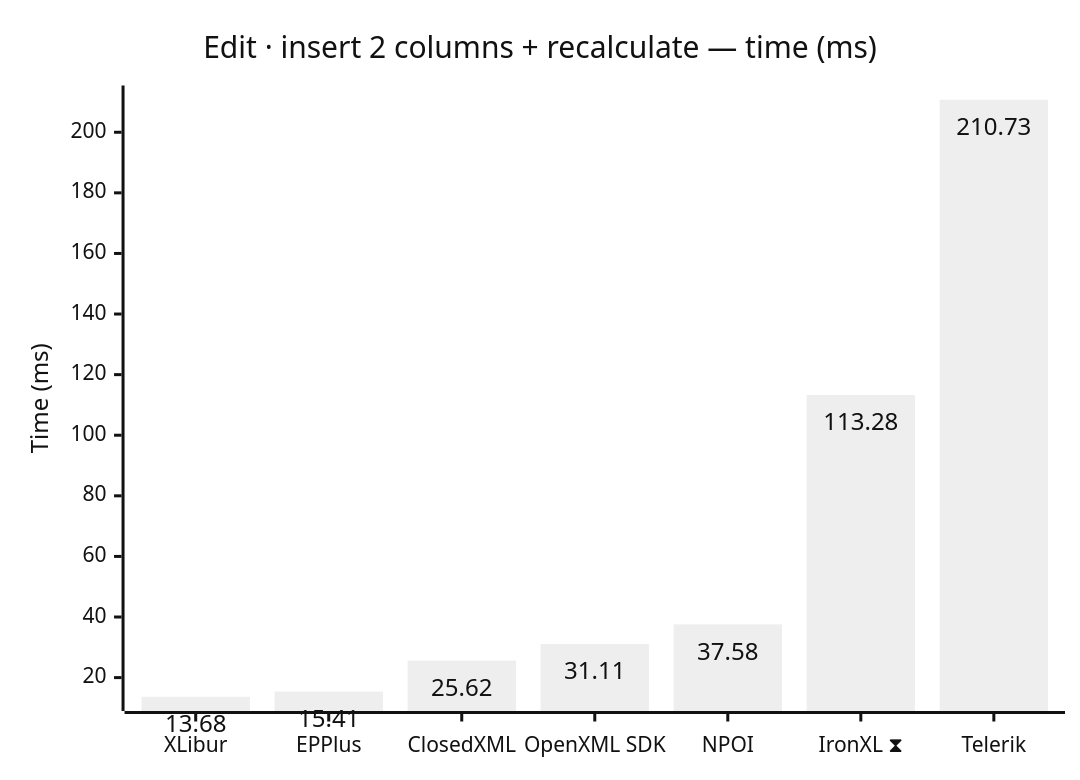
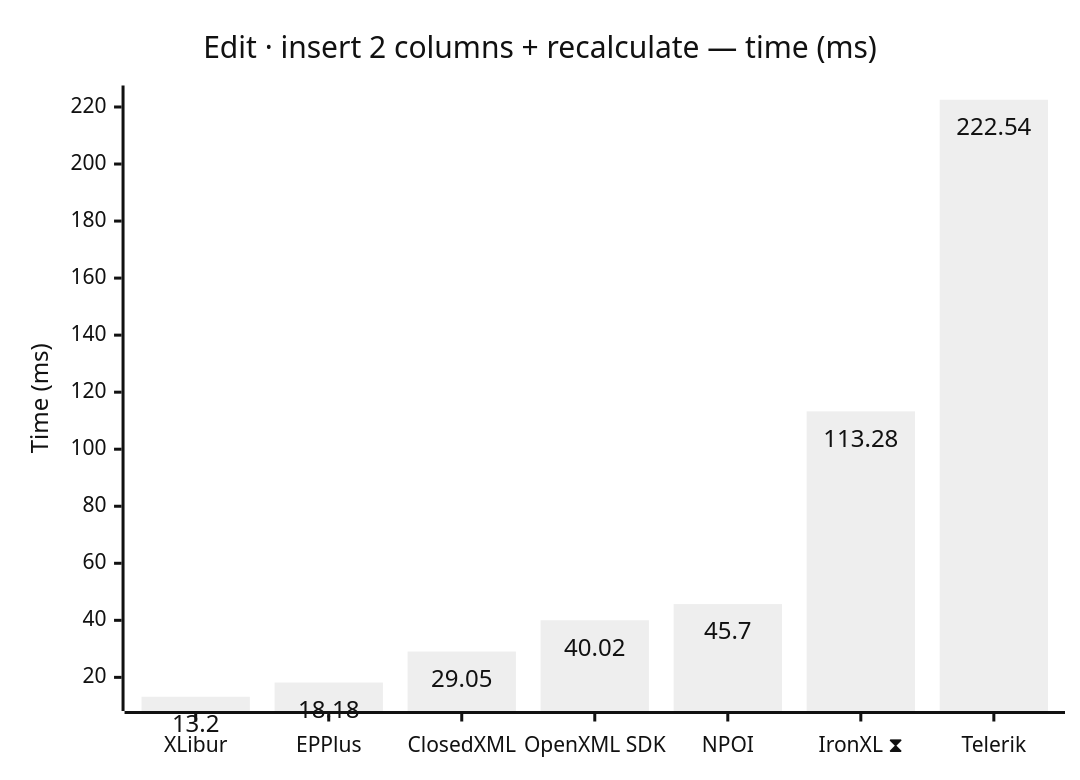
Before and after one commit to jafin/XLBench: diagram 11 of 12 in docs/results.md, drawn with Mermaid (neutral theme). The commit also changed other lines of this file and 2 other files, not shown here.

````diff
--- a/docs/results.md
+++ b/docs/results.md
@@ -170,12 +170,12 @@
 ```mermaid
 ---
 config:
   xyChart:
     showDataLabel: true
 ---
 xychart-beta
     title "Edit · insert 2 columns + recalculate — time (ms)"
     x-axis ["XLibur", "EPPlus", "ClosedXML", "OpenXML SDK", "NPOI", "IronXL ⧗", "Telerik"]
     y-axis "Time (ms)"
-    bar [13.68, 15.41, 25.62, 31.11, 37.58, 113.28, 210.73]
+    bar [13.2, 18.18, 29.05, 40.02, 45.7, 113.28, 222.54]
 ```
````
